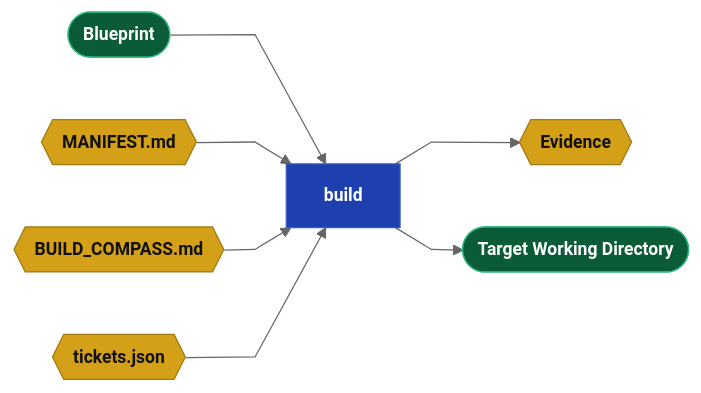
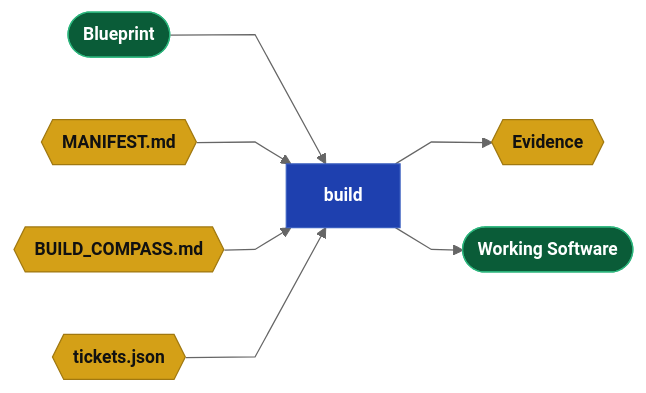
Before and after one commit to webcloudstudio/Drydock: the fourth of 8 diagrams in docs/Drydock_Specification.md, drawn with Mermaid. The commit also changed other lines of this file and 3 other files, not shown here.

````diff
--- a/docs/Drydock_Specification.md
+++ b/docs/Drydock_Specification.md
@@ -376,17 +376,17 @@
 ```mermaid
 %%{init: {'theme': 'neutral', 'flowchart': {'curve': 'linear'}, 'themeVariables': {'fontSize': '14px'}}}%%
 flowchart LR
   classDef dir    fill:#0a5c38,stroke:#2cb67d,color:#fff,font-weight:bold
   classDef md     fill:#d4a017,stroke:#a07810,color:#111,font-weight:bold
   classDef script fill:#1e40af,stroke:#3b5fc0,color:#fff,font-weight:bold
   classDef prompt fill:#c2410c,stroke:#ea580c,color:#fff,font-weight:bold
   classDef output fill:#6d28d9,stroke:#8b5cf6,color:#fff,font-weight:bold
   classDef web    fill:#be123c,stroke:#fb7185,color:#fff,font-weight:bold
 
   SPEC(["Blueprint"]):::dir --> BUILD["build"]:::script
   BP{{"MANIFEST.md"}}:::md --> BUILD["build"]:::script
   BCOMPASS{{"BUILD_COMPASS.md"}}:::md --> BUILD
   TICKETS{{"tickets.json"}}:::md --> BUILD
   BUILD --> EV{{"Evidence"}}:::md
-  BUILD --> TARGET(["Target Working Directory"]):::dir
+  BUILD --> TARGET(["Working Software"]):::dir
 ```
````
